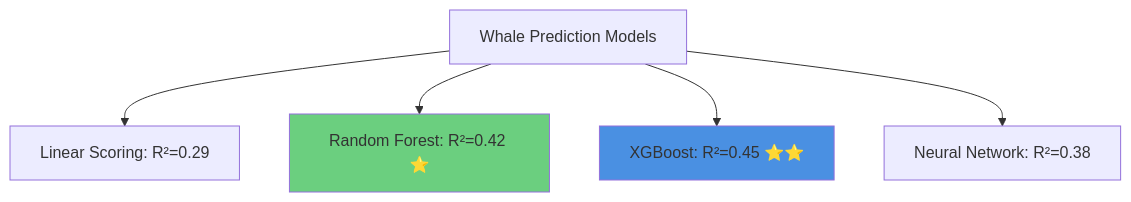
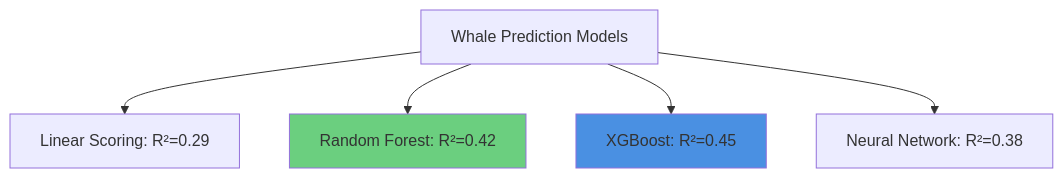
Diagram 16 of 20 in src/17_whale_copy_trading.md (openSVM/solisp-book), drawn with Mermaid before and after one commit. The commit also changed other lines of this file and 20 other files, not shown here.

````diff
--- a/src/17_whale_copy_trading.md
+++ b/src/17_whale_copy_trading.md
@@ -977,10 +977,10 @@
 ```mermaid
 graph TD
     A[Whale Prediction Models] --> B[Linear Scoring: R²=0.29]
-    A --> C[Random Forest: R²=0.42 ⭐]
-    A --> D[XGBoost: R²=0.45 ⭐⭐]
+    A --> C[Random Forest: R²=0.42 ]
+    A --> D[XGBoost: R²=0.45 ]
     A --> E[Neural Network: R²=0.38]
 
     style C fill:#6bcf7f
     style D fill:#4a90e2
 ```
````
